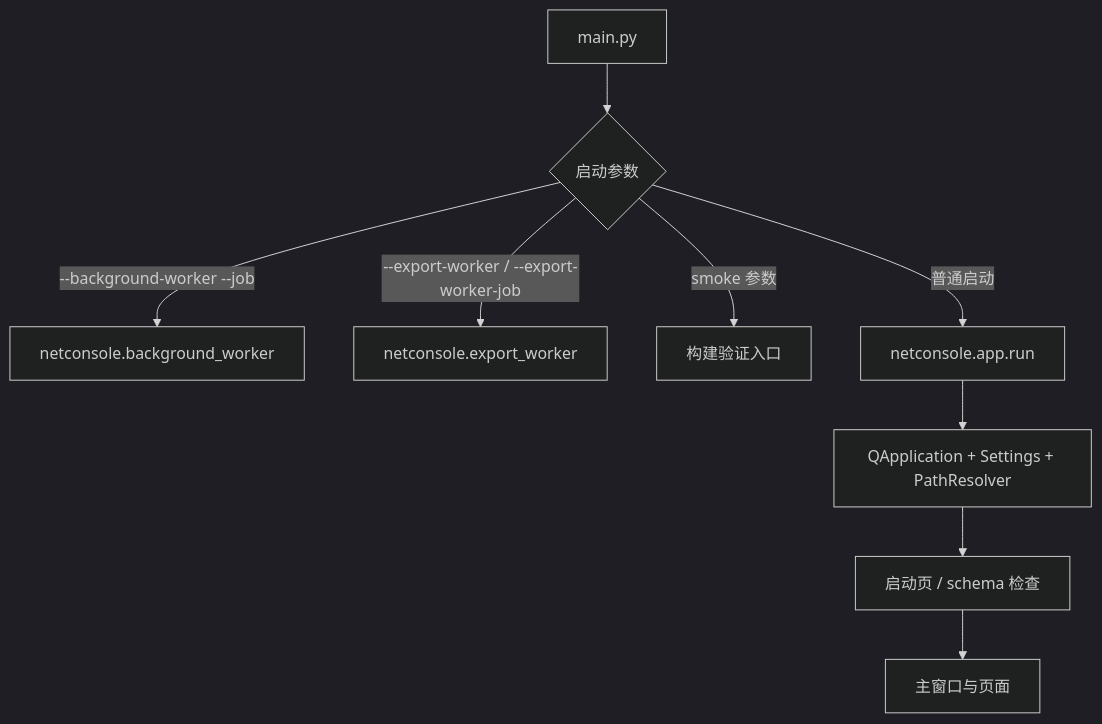
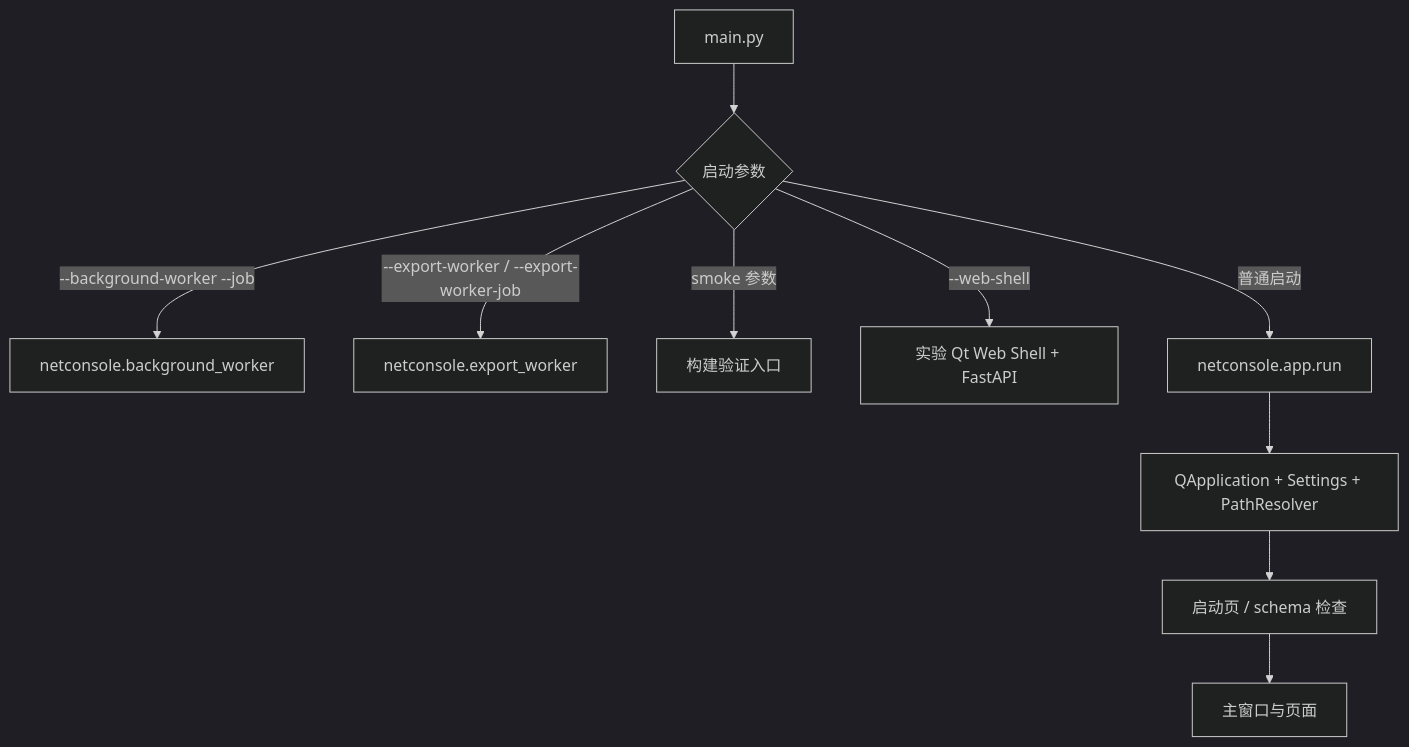
One commit to wxj183589/NetConsole changed the first of 6 diagrams in docs/ARCHITECTURE.md. Above: the diagram before and after it, drawn with Mermaid (dark theme). The commit also changed other lines of this file and 63 other files, not shown here.

Commit message:
feat(web): 完成阶段 2 任务中心与 Web Shell

````diff
--- a/docs/ARCHITECTURE.md
+++ b/docs/ARCHITECTURE.md
@@ -11,11 +11,12 @@
 ```mermaid
 flowchart TD
     MAIN["main.py"] --> MODE{"启动参数"}
     MODE -->|"--background-worker --job"| BJ["netconsole.background_worker"]
     MODE -->|"--export-worker / --export-worker-job"| EW["netconsole.export_worker"]
     MODE -->|"smoke 参数"| SMOKE["构建验证入口"]
+    MODE -->|"--web-shell"| WS["实验 Qt Web Shell + FastAPI"]
     MODE -->|"普通启动"| APP["netconsole.app.run"]
     APP --> QT["QApplication + Settings + PathResolver"]
     QT --> SPLASH["启动页 / schema 检查"]
     SPLASH --> WIN["主窗口与页面"]
 ```
````
